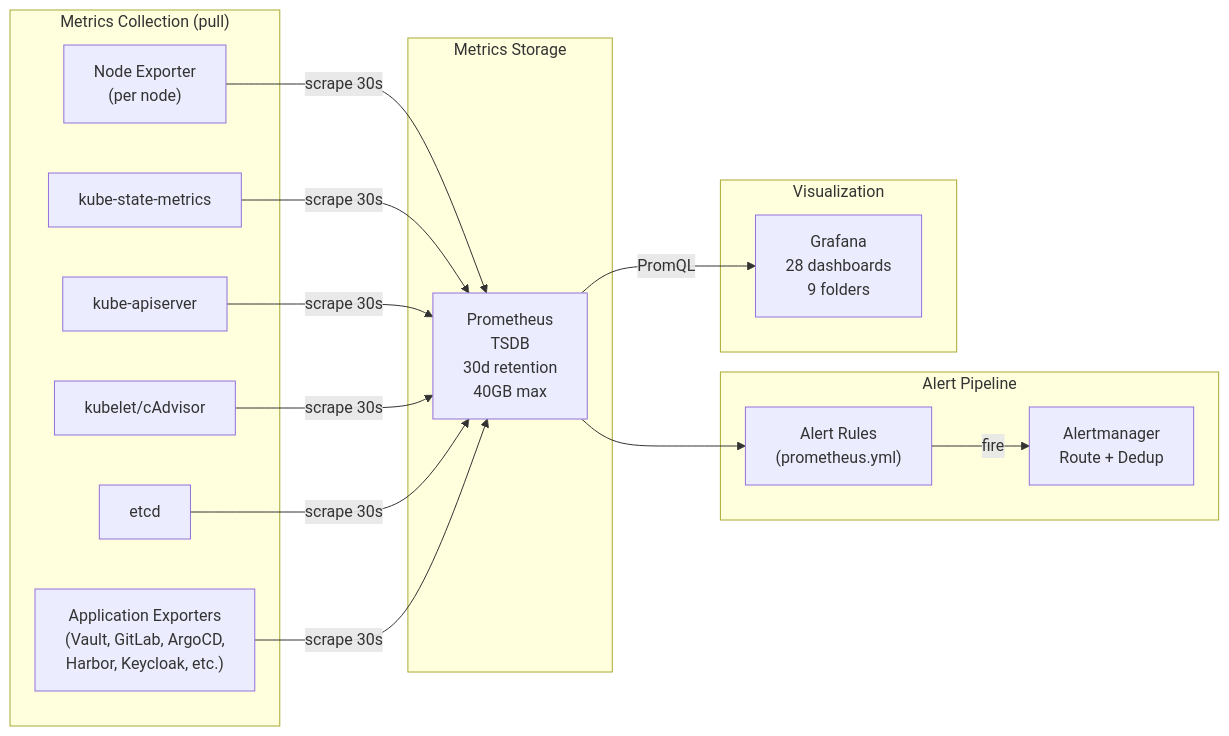
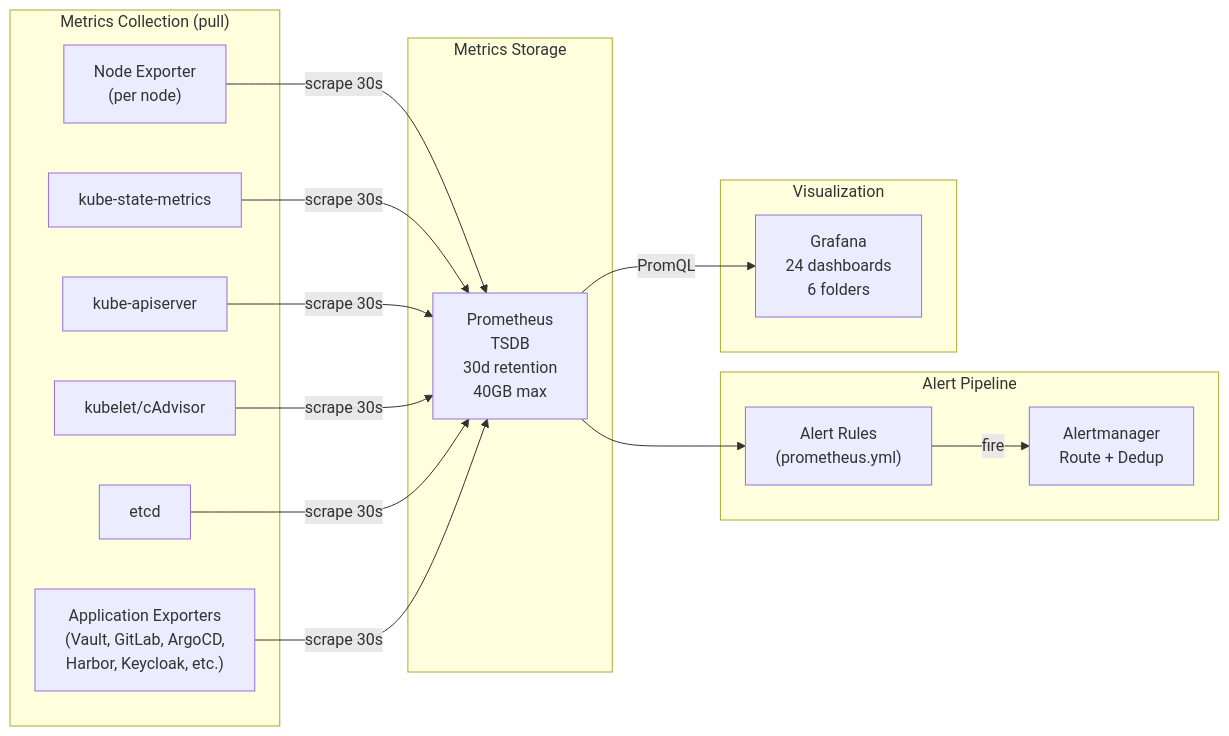
One commit to derhornspieler/harvester-rke2-platform changed the second of 5 diagrams in docs/engineering/monitoring-observability.md. Above: the diagram before and after it, drawn with Mermaid. The commit also changed other lines of this file and 50 other files, not shown here.

````diff
--- a/docs/engineering/monitoring-observability.md
+++ b/docs/engineering/monitoring-observability.md
@@ -120,34 +122,34 @@
 ```mermaid
 flowchart LR
     subgraph Collection["Metrics Collection (pull)"]
         NE["Node Exporter<br/>(per node)"]
         KSM["kube-state-metrics"]
         KubeAPI["kube-apiserver"]
         Kubelet["kubelet/cAdvisor"]
         Etcd["etcd"]
         Apps["Application Exporters<br/>(Vault, GitLab, ArgoCD,<br/>Harbor, Keycloak, etc.)"]
     end
 
     subgraph Storage["Metrics Storage"]
         Prometheus["Prometheus<br/>TSDB<br/>30d retention<br/>40GB max"]
     end
 
     subgraph Alerting["Alert Pipeline"]
         Rules["Alert Rules<br/>(prometheus.yml)"]
         AM["Alertmanager<br/>Route + Dedup"]
     end
 
     subgraph Visualization["Visualization"]
-        Grafana["Grafana<br/>28 dashboards<br/>9 folders"]
+        Grafana["Grafana<br/>24 dashboards<br/>6 folders"]
     end
 
     NE -->|scrape 30s| Prometheus
     KSM -->|scrape 30s| Prometheus
     KubeAPI -->|scrape 30s| Prometheus
     Kubelet -->|scrape 30s| Prometheus
     Etcd -->|scrape 30s| Prometheus
     Apps -->|scrape 30s| Prometheus
     Prometheus --> Rules
     Rules -->|fire| AM
     Prometheus -->|PromQL| Grafana
 ```
````
